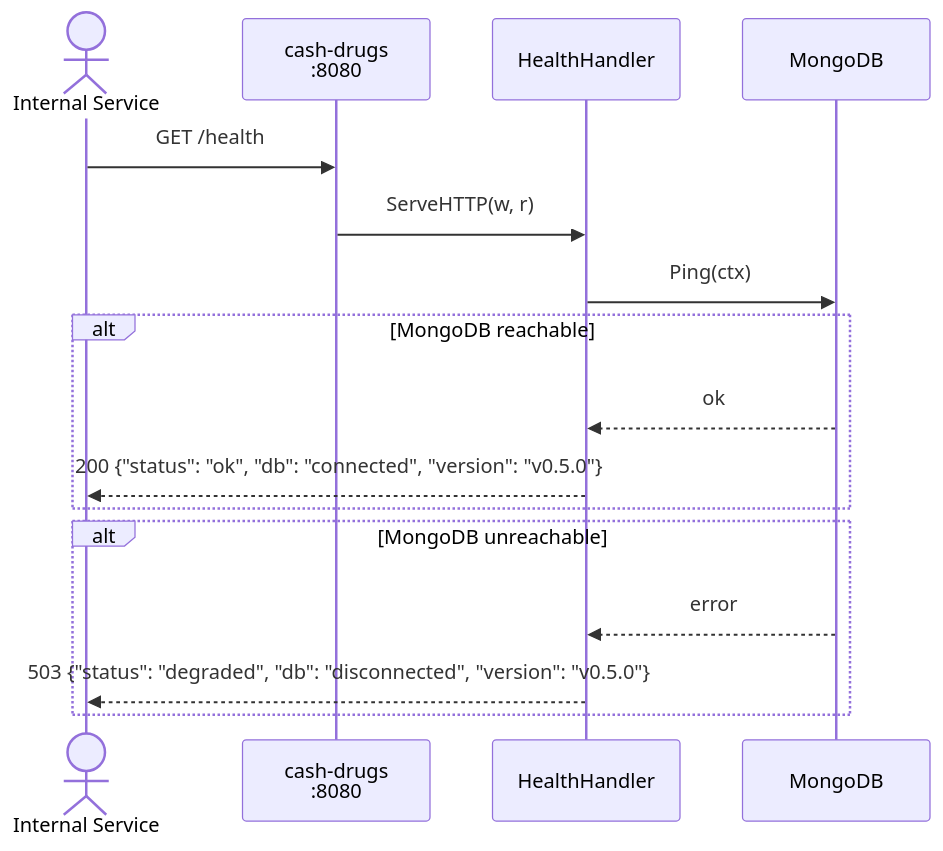
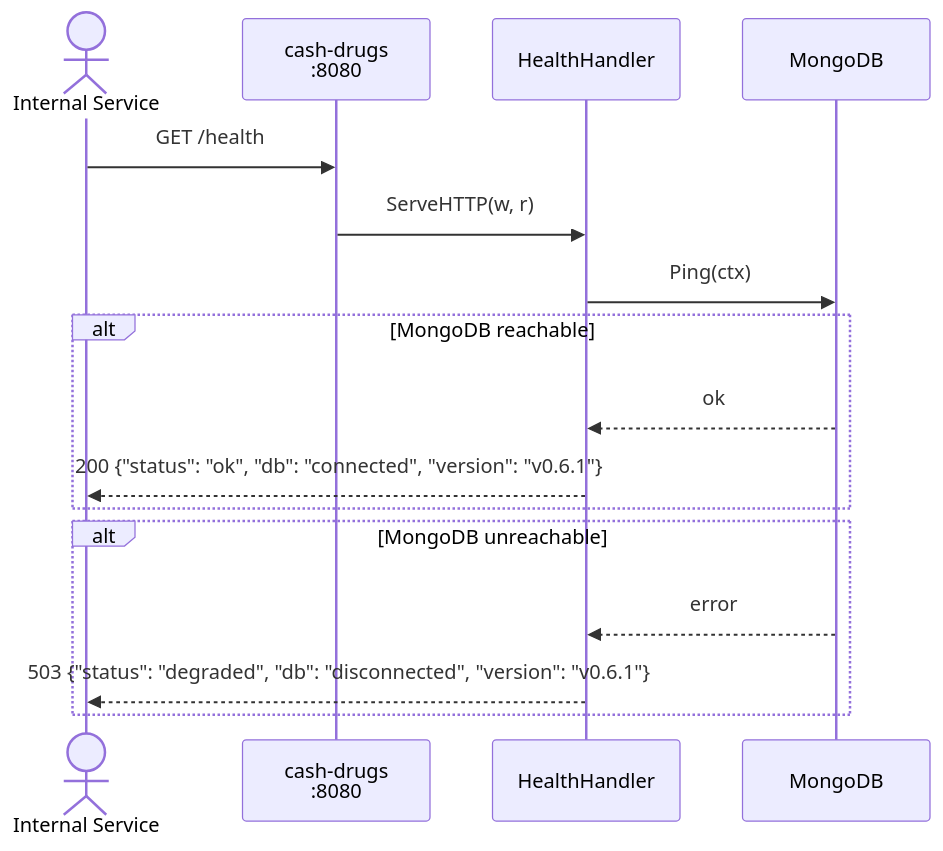
One commit to finish06/cash-drugs changed the sixth of 9 diagrams in docs/sequence-diagram.md. Above: the diagram before and after it, drawn with Mermaid. The commit also changed other lines of this file and 2 other files, not shown here.

Commit message:
docs: add Prometheus setup guide, update README and diagrams
- New docs/prometheus-setup.md: scrape config, Docker Compose
  integration, all metrics reference, PromQL queries, Grafana
  dashboard import, example alerting rules, verification steps
- README: add Monitoring section with metrics overview and links,
  add /metrics to Quick Start, update system overview and project
  structure diagrams to include Prometheus/metrics package
- Sequence diagrams: update version references to v0.6.1

````diff
--- a/docs/sequence-diagram.md
+++ b/docs/sequence-diagram.md
@@ -167,21 +167,21 @@
 ```mermaid
 sequenceDiagram
     actor Client as Internal Service
     participant GW as cash-drugs<br/>:8080
     participant HC as HealthHandler
     participant DB as MongoDB
 
     Client->>GW: GET /health
     GW->>HC: ServeHTTP(w, r)
     HC->>DB: Ping(ctx)
 
     alt MongoDB reachable
         DB-->>HC: ok
-        HC-->>Client: 200 {"status": "ok", "db": "connected", "version": "v0.5.0"}
+        HC-->>Client: 200 {"status": "ok", "db": "connected", "version": "v0.6.1"}
     end
 
     alt MongoDB unreachable
         DB-->>HC: error
-        HC-->>Client: 503 {"status": "degraded", "db": "disconnected", "version": "v0.5.0"}
+        HC-->>Client: 503 {"status": "degraded", "db": "disconnected", "version": "v0.6.1"}
     end
 ```
````
